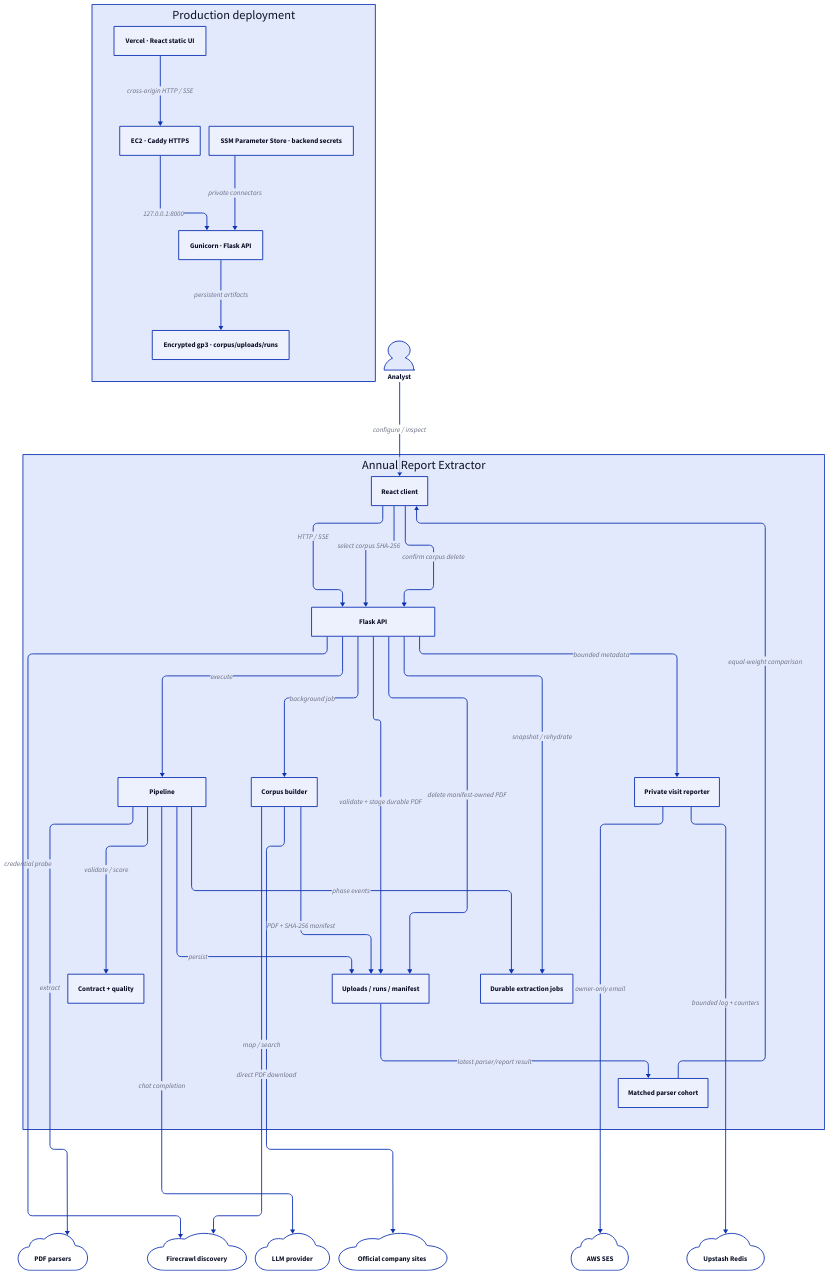
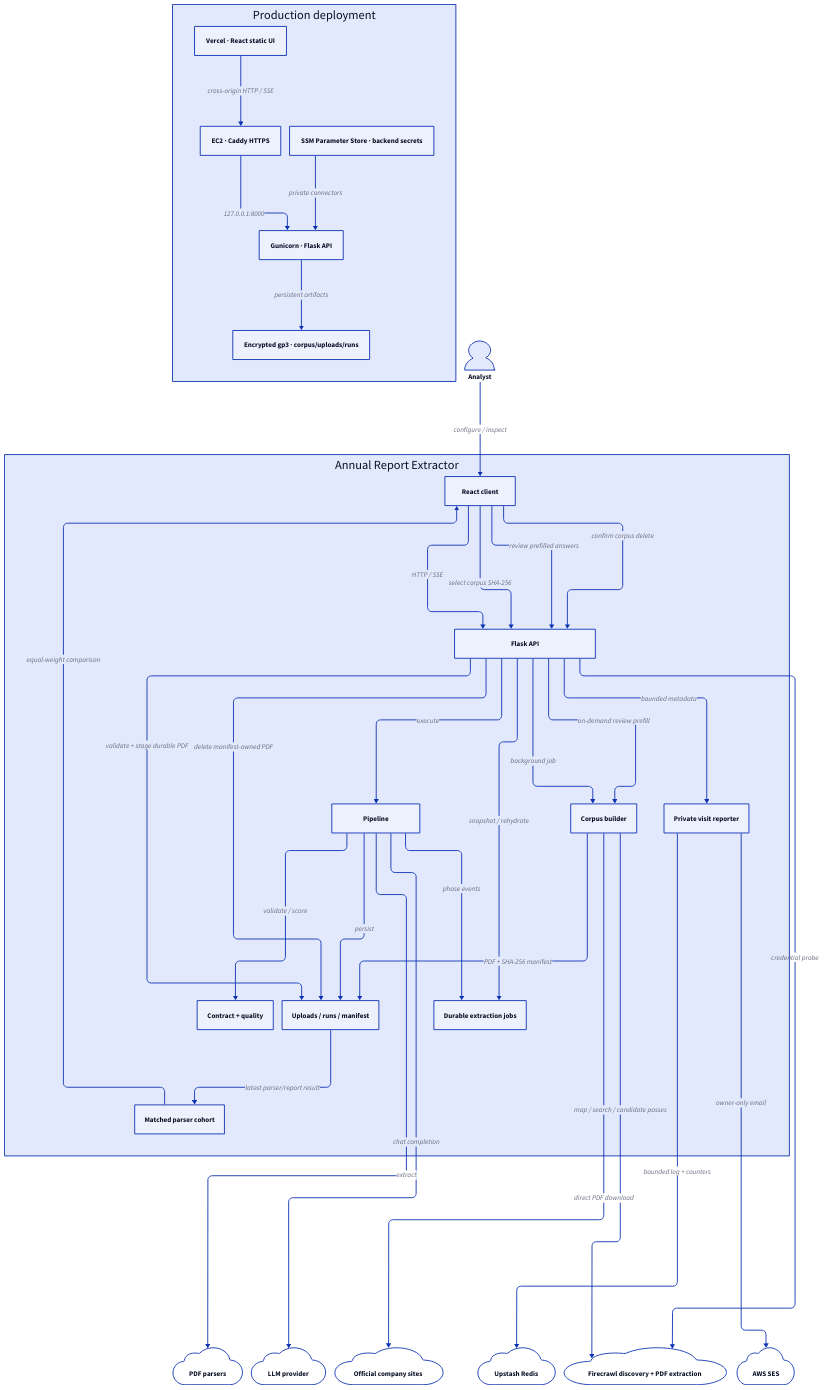
The diagram in agent/graph/architecture.d2 (MohamedFuad16/ledger-financial-report-system), drawn with D2 before and after one commit. The commit also changed 27 other files, not shown here.

```diff
--- a/agent/graph/architecture.d2
+++ b/agent/graph/architecture.d2
@@ -1,67 +1,69 @@
 vars: {
   d2-config: {
     layout-engine: elk
     pad: 40
     center: true
   }
 }
 direction: down
 
 user: "Analyst" {shape: person}
 
 app: "Annual Report Extractor" {
   client: "React client"
   api: "Flask API"
   pipeline: "Pipeline"
   quality: "Contract + quality"
   corpus: "Corpus builder"
   traffic: "Private visit reporter"
   storage: "Uploads / runs / manifest"
   jobs: "Durable extraction jobs"
   cohort: "Matched parser cohort"
 
   client -> api: "HTTP / SSE"
   client -> api: "select corpus SHA-256"
+  client -> api: "review prefilled answers"
   client -> api: "confirm corpus delete"
   api -> pipeline: "execute"
   api -> jobs: "snapshot / rehydrate"
   api -> storage: "validate + stage durable PDF"
   api -> storage: "delete manifest-owned PDF"
   api -> corpus: "background job"
+  api -> corpus: "on-demand review prefill"
   api -> traffic: "bounded metadata"
   pipeline -> quality: "validate / score"
   pipeline -> storage: "persist"
   pipeline -> jobs: "phase events"
   storage -> cohort: "latest parser/report result"
   cohort -> client: "equal-weight comparison"
   corpus -> storage: "PDF + SHA-256 manifest"
 }
 
 parsers: "PDF parsers" {shape: cloud}
 llm: "LLM provider" {shape: cloud}
-firecrawl: "Firecrawl discovery" {shape: cloud}
+firecrawl: "Firecrawl discovery + PDF extraction" {shape: cloud}
 official: "Official company sites" {shape: cloud}
 upstash: "Upstash Redis" {shape: cloud}
 ses: "AWS SES" {shape: cloud}
 
 user -> app.client: "configure / inspect"
 app.pipeline -> parsers: "extract"
 app.pipeline -> llm: "chat completion"
-app.corpus -> firecrawl: "map / search"
+app.corpus -> firecrawl: "map / search / candidate passes"
 app.api -> firecrawl: "credential probe"
 app.corpus -> official: "direct PDF download"
 app.traffic -> upstash: "bounded log + counters"
 app.traffic -> ses: "owner-only email"
 
 deployment: "Production deployment" {
   vercel: "Vercel · React static UI"
   caddy: "EC2 · Caddy HTTPS"
   gunicorn: "Gunicorn · Flask API"
   disk: "Encrypted gp3 · corpus/uploads/runs"
   parameter: "SSM Parameter Store · backend secrets"
 
   vercel -> caddy: "cross-origin HTTP / SSE"
   caddy -> gunicorn: "127.0.0.1:8000"
   gunicorn -> disk: "persistent artifacts"
   parameter -> gunicorn: "private connectors"
 }
```
